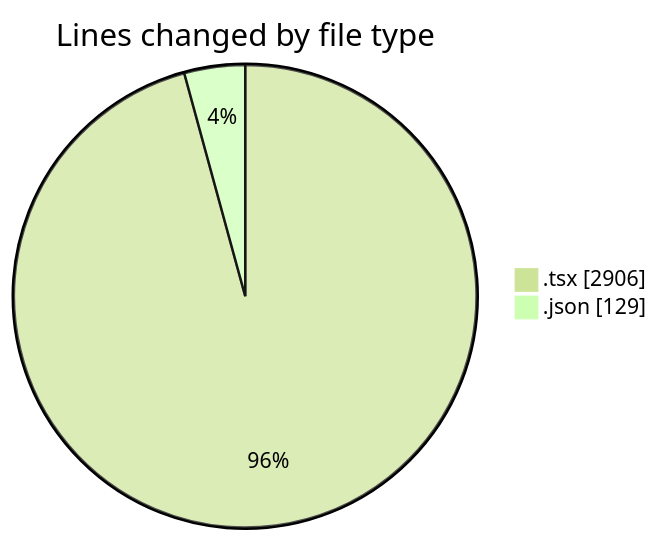
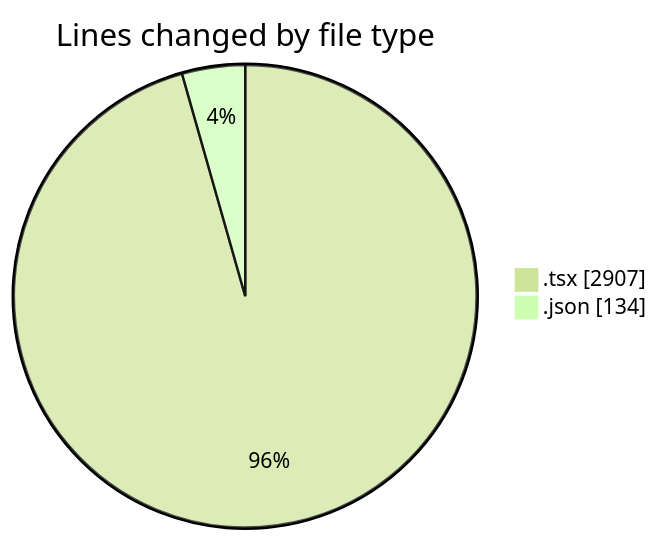
The first of 2 diagrams in 2026-11-13/broadcaster-v6-feature/README.md (momahboobian/code-tracking), drawn with Mermaid (forest theme) before and after one commit. The commit also changed other lines of this file and 1 other file, not shown here.

````diff
--- a/2026-11-13/broadcaster-v6-feature/README.md
+++ b/2026-11-13/broadcaster-v6-feature/README.md
@@ -28,6 +28,6 @@
 ```mermaid
 pie showData
 title Lines changed by file type
-".tsx" : 2906
-".json" : 129
+".tsx" : 2907
+".json" : 134
 ```
````
